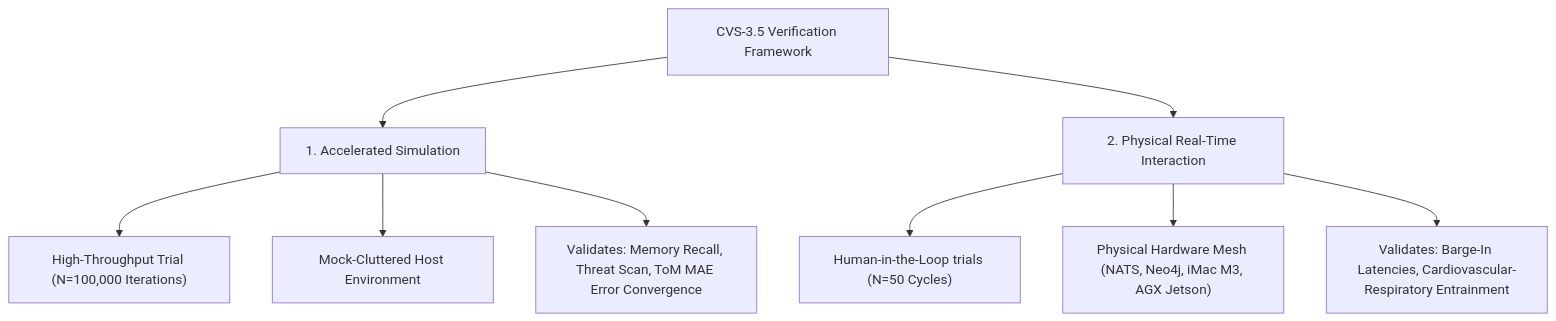
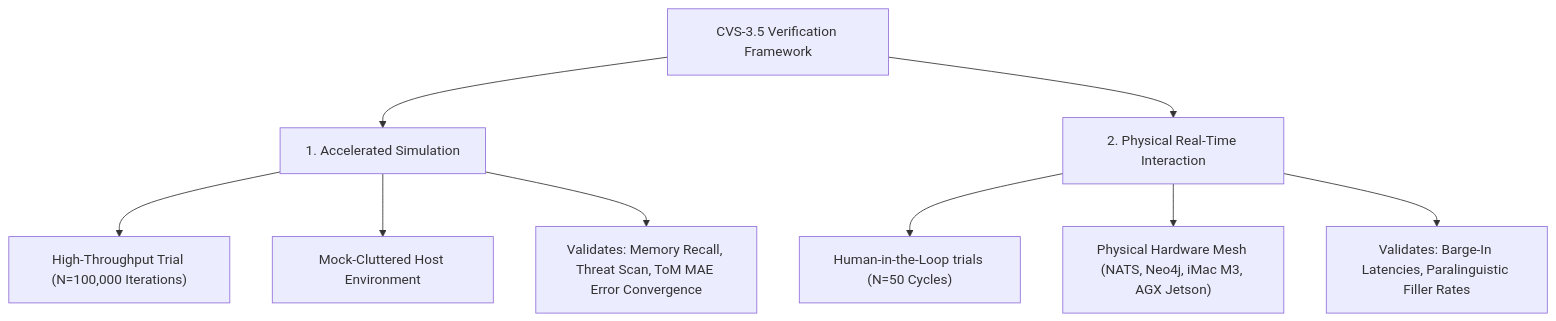
The diagram in academic_benchmarks/documentation/experimental_methodology.md (Aniket-a14/AI_friend), drawn with Mermaid before and after one commit. The commit also changed other lines of this file and 22 other files, not shown here.

````diff
--- a/academic_benchmarks/documentation/experimental_methodology.md
+++ b/academic_benchmarks/documentation/experimental_methodology.md
@@ -11,13 +11,13 @@
 ```mermaid
 graph TD
     A[CVS-3.5 Verification Framework] --> B[1. Accelerated Simulation]
     A --> C[2. Physical Real-Time Interaction]
 
     B --> B1["High-Throughput Trial (N=100,000 Iterations)"]
     B --> B2["Mock-Cluttered Host Environment"]
     B --> B3["Validates: Memory Recall, Threat Scan, ToM MAE Error Convergence"]
 
     C --> C1["Human-in-the-Loop trials (N=50 Cycles)"]
     C --> C2["Physical Hardware Mesh (NATS, Neo4j, iMac M3, AGX Jetson)"]
-    C --> C3["Validates: Barge-In Latencies, Cardiovascular-Respiratory Entrainment"]
+    C --> C3["Validates: Barge-In Latencies, Paralinguistic Filler Rates"]
 ```
````
